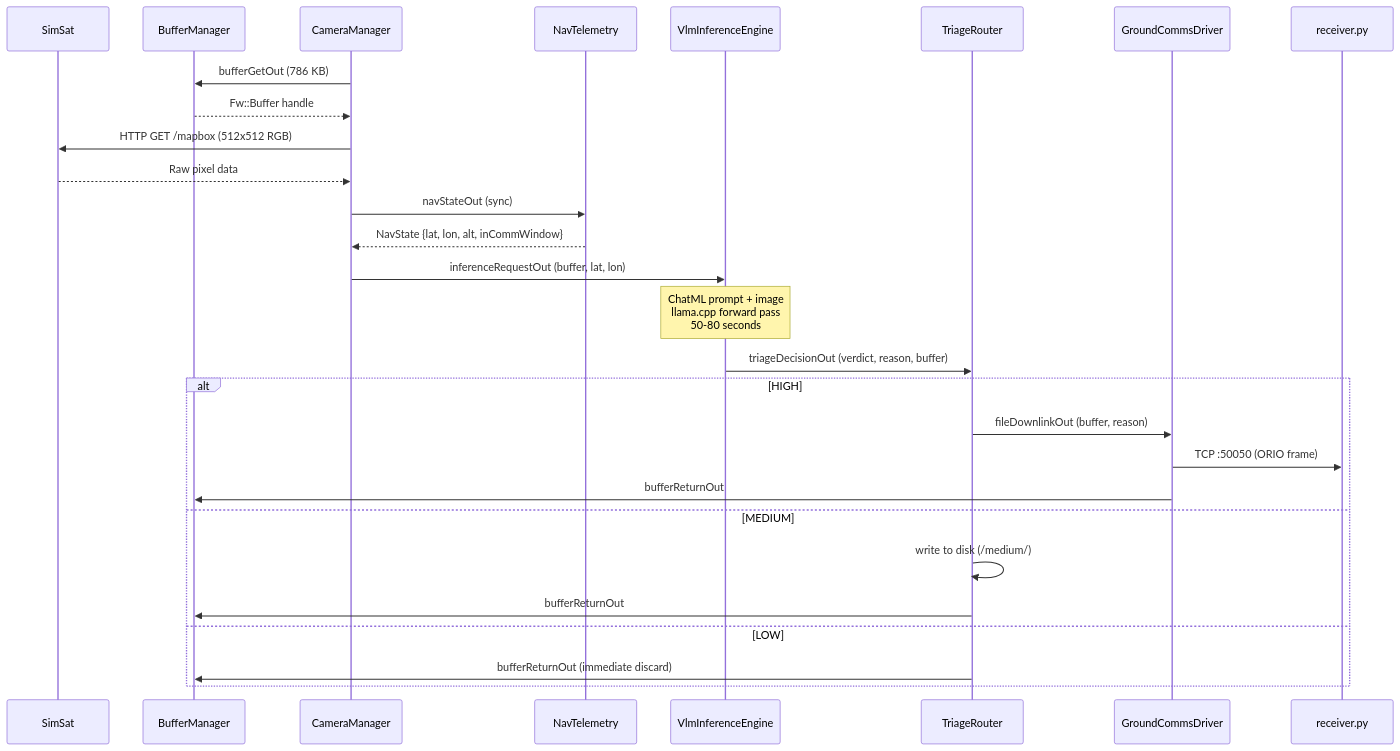
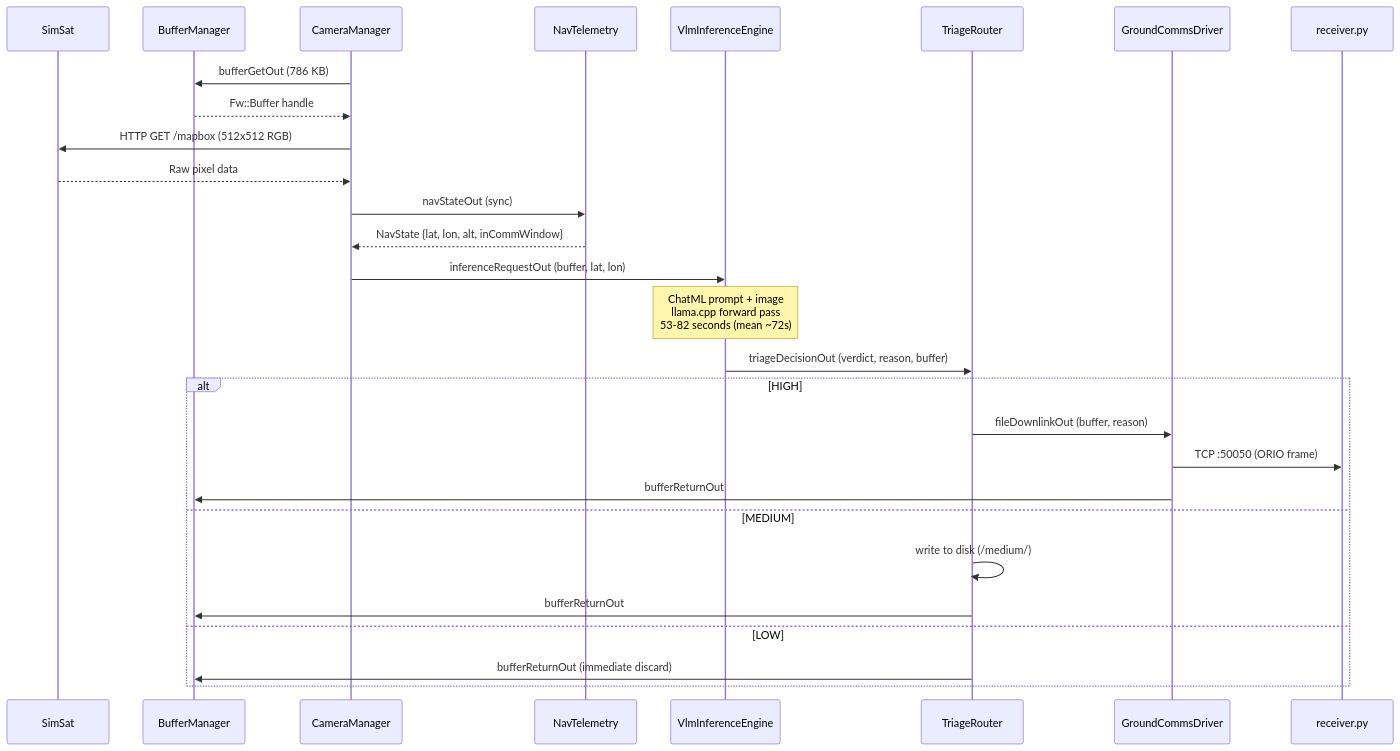
One commit to Saransh-cpp/ORION changed the first of 3 diagrams in docs/architecture/data-flow.md. Above: the diagram before and after it, drawn with Mermaid. The commit also changed other lines of this file and 6 other files, not shown here.

````diff
--- a/docs/architecture/data-flow.md
+++ b/docs/architecture/data-flow.md
@@ -7,34 +7,34 @@
 ```mermaid
 sequenceDiagram
     participant SS as SimSat
     participant BM as BufferManager
     participant CM as CameraManager
     participant NT as NavTelemetry
     participant VLM as VlmInferenceEngine
     participant TR as TriageRouter
     participant GCD as GroundCommsDriver
     participant RX as receiver.py
 
     CM->>BM: bufferGetOut (786 KB)
     BM-->>CM: Fw::Buffer handle
     CM->>SS: HTTP GET /mapbox (512x512 RGB)
     SS-->>CM: Raw pixel data
     CM->>NT: navStateOut (sync)
     NT-->>CM: NavState {lat, lon, alt, inCommWindow}
     CM->>VLM: inferenceRequestOut (buffer, lat, lon)
 
-    Note over VLM: ChatML prompt + image<br/>llama.cpp forward pass<br/>50-80 seconds
+    Note over VLM: ChatML prompt + image<br/>llama.cpp forward pass<br/>53-82 seconds (mean ~72s)
 
     VLM->>TR: triageDecisionOut (verdict, reason, buffer)
 
     alt HIGH
         TR->>GCD: fileDownlinkOut (buffer, reason)
         GCD->>RX: TCP :50050 (ORIO frame)
         GCD->>BM: bufferReturnOut
     else MEDIUM
         TR->>TR: write to disk (/medium/)
         TR->>BM: bufferReturnOut
     else LOW
         TR->>BM: bufferReturnOut (immediate discard)
     end
 ```
````
